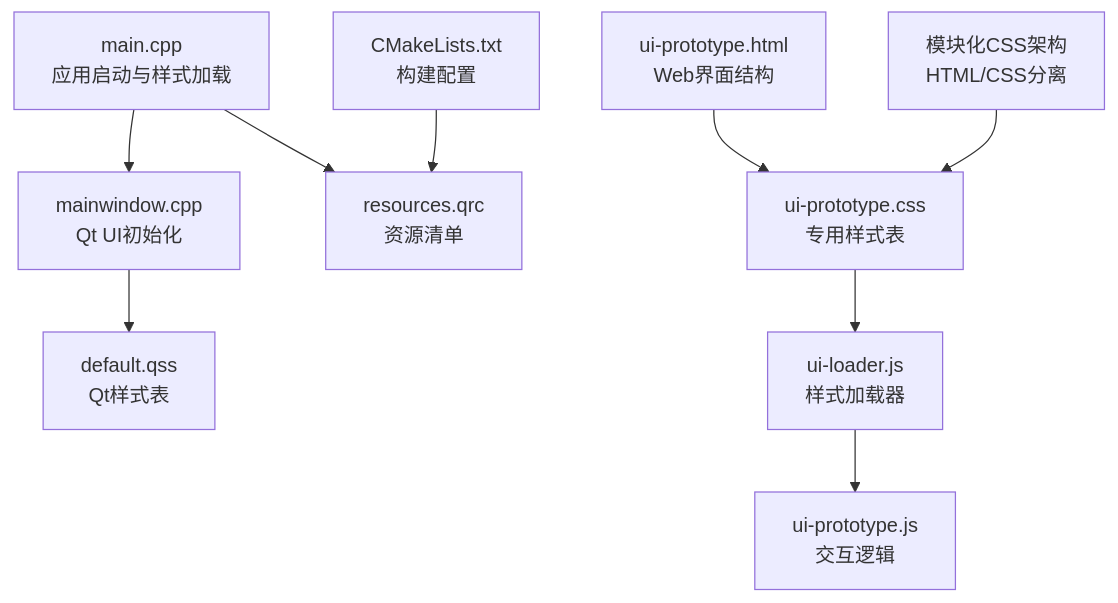
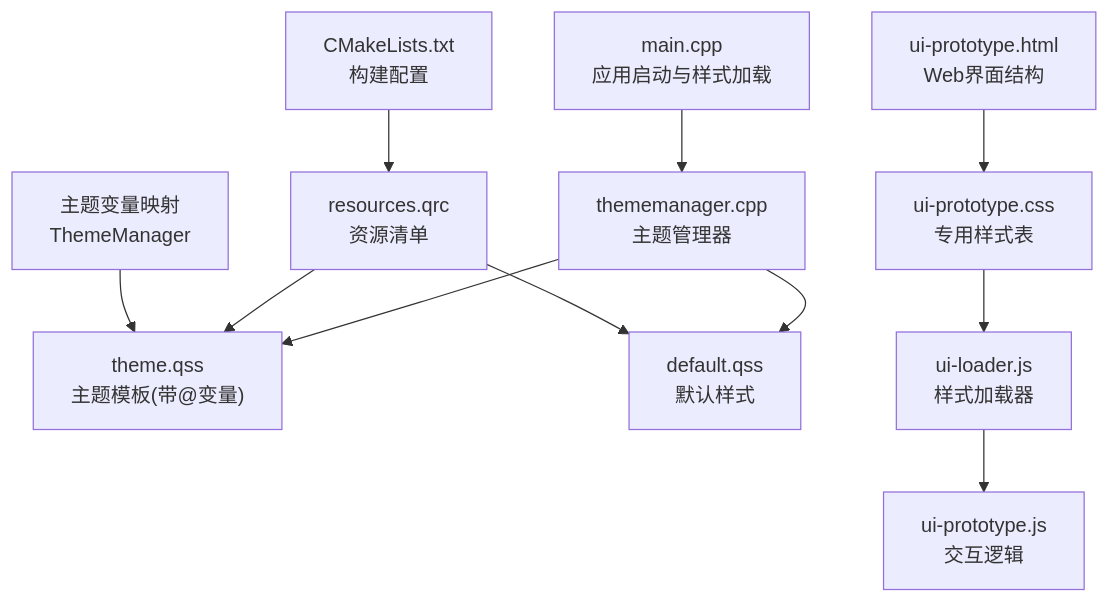
One commit to jakecai1225-design/OpenBus changed the first of 4 diagrams in .qoder/repowiki/zh/content/样式系统/样式系统.md. Above: the diagram before and after it, drawn with Mermaid. The commit also changed other lines of this file and 71 other files, not shown here.

Commit message:
graphic trace

````diff
--- a/.qoder/repowiki/zh/content/样式系统/样式系统.md
+++ b/.qoder/repowiki/zh/content/样式系统/样式系统.md
@@ -51,11 +57,13 @@
 ```mermaid
 graph TB
-A["main.cpp<br/>应用启动与样式加载"] --> B["mainwindow.cpp<br/>Qt UI初始化"]
-B --> C["default.qss<br/>Qt样式表"]
-A --> D["resources.qrc<br/>资源清单"]
-E["CMakeLists.txt<br/>构建配置"] --> D
-F["ui-prototype.html<br/>Web界面结构"] --> G["ui-prototype.css<br/>专用样式表"]
-G --> H["ui-loader.js<br/>样式加载器"]
-H --> I["ui-prototype.js<br/>交互逻辑"]
-J["模块化CSS架构<br/>HTML/CSS分离"] --> G
+A["main.cpp<br/>应用启动与样式加载"] --> B["thememanager.cpp<br/>主题管理器"]
+B --> C["theme.qss<br/>主题模板(带@变量)"]
+B --> D["default.qss<br/>默认样式"]
+E["CMakeLists.txt<br/>构建配置"] --> F["resources.qrc<br/>资源清单"]
+F --> C
+F --> D
+G["ui-prototype.html<br/>Web界面结构"] --> H["ui-prototype.css<br/>专用样式表"]
+H --> I["ui-loader.js<br/>样式加载器"]
+I --> J["ui-prototype.js<br/>交互逻辑"]
+K["主题变量映射<br/>ThemeManager"] --> C
 ```
````
